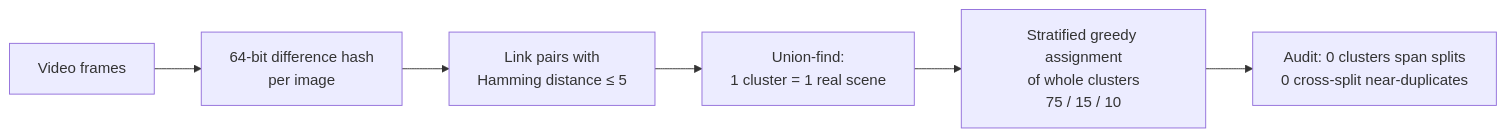
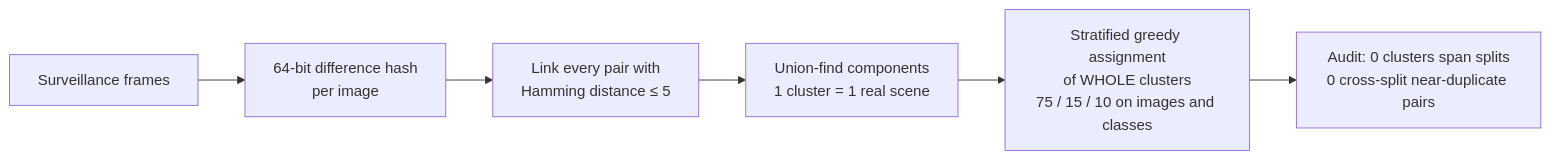
One commit to CostiCatargiu/NewLuggageDataset changed the diagram in README.md. Above: the diagram before and after it, drawn with Mermaid. The commit also changed other lines of this file, not shown here.

````diff
--- a/README.md
+++ b/README.md
@@ -112,8 +162,8 @@
 ```mermaid
 flowchart LR
-    A[Video frames] --> B[64-bit difference hash<br/>per image]
-    B --> C[Link pairs with<br/>Hamming distance ≤ 5]
-    C --> D[Union-find:<br/>1 cluster = 1 real scene]
-    D --> E[Stratified greedy assignment<br/>of whole clusters<br/>75 / 15 / 10]
-    E --> F[Audit: 0 clusters span splits<br/>0 cross-split near-duplicates]
+    A["Surveillance frames"] --> B["64-bit difference hash<br/>per image"]
+    B --> C["Link every pair with<br/>Hamming distance ≤ 5"]
+    C --> D["Union-find components<br/>1 cluster = 1 real scene"]
+    D --> E["Stratified greedy assignment<br/>of WHOLE clusters<br/>75 / 15 / 10 on images and classes"]
+    E --> F["Audit: 0 clusters span splits<br/>0 cross-split near-duplicate pairs"]
 ```
````
